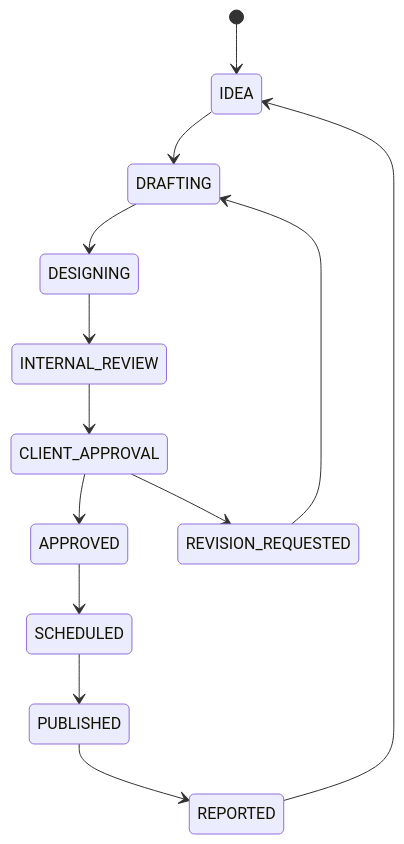
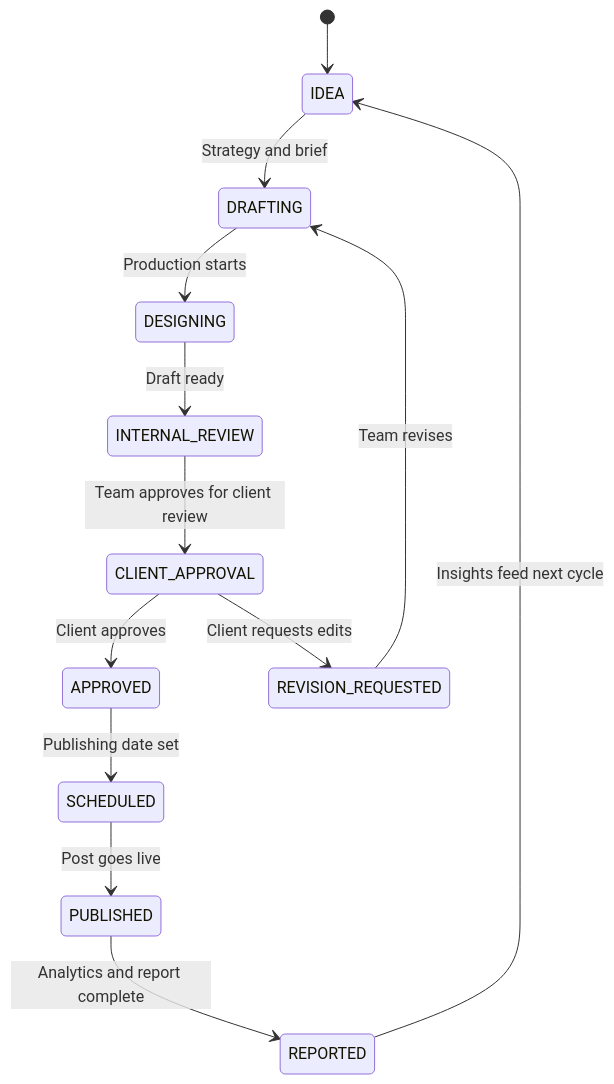
The fifth of 5 diagrams in profile/README.md (pxl-lgp/.github), drawn with Mermaid before and after one commit. The commit also changed other lines of this file, not shown here.

````diff
--- a/profile/README.md
+++ b/profile/README.md
@@ -234,15 +403,15 @@
 ```mermaid
 stateDiagram-v2
   [*] --> IDEA
-  IDEA --> DRAFTING
-  DRAFTING --> DESIGNING
-  DESIGNING --> INTERNAL_REVIEW
-  INTERNAL_REVIEW --> CLIENT_APPROVAL
-  CLIENT_APPROVAL --> APPROVED
-  CLIENT_APPROVAL --> REVISION_REQUESTED
-  REVISION_REQUESTED --> DRAFTING
-  APPROVED --> SCHEDULED
-  SCHEDULED --> PUBLISHED
-  PUBLISHED --> REPORTED
-  REPORTED --> IDEA
+  IDEA --> DRAFTING: Strategy and brief
+  DRAFTING --> DESIGNING: Production starts
+  DESIGNING --> INTERNAL_REVIEW: Draft ready
+  INTERNAL_REVIEW --> CLIENT_APPROVAL: Team approves for client review
+  CLIENT_APPROVAL --> APPROVED: Client approves
+  CLIENT_APPROVAL --> REVISION_REQUESTED: Client requests edits
+  REVISION_REQUESTED --> DRAFTING: Team revises
+  APPROVED --> SCHEDULED: Publishing date set
+  SCHEDULED --> PUBLISHED: Post goes live
+  PUBLISHED --> REPORTED: Analytics and report complete
+  REPORTED --> IDEA: Insights feed next cycle
 ```
````
